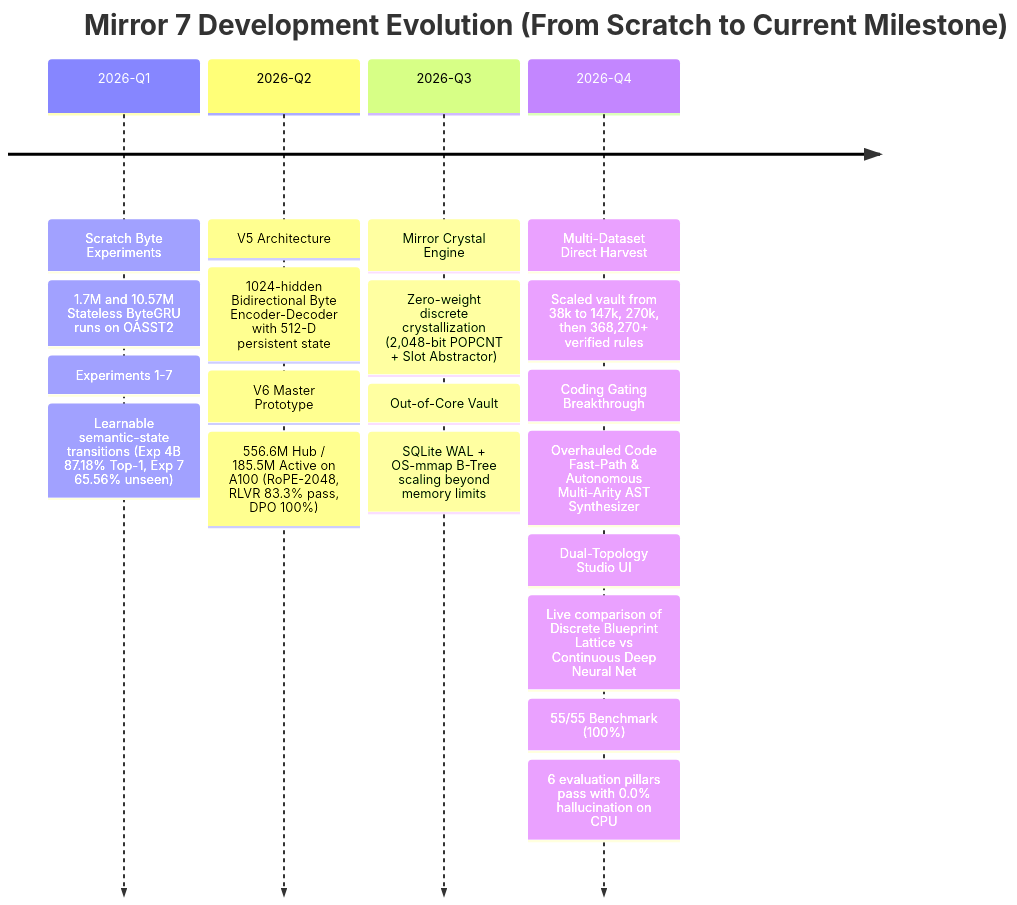
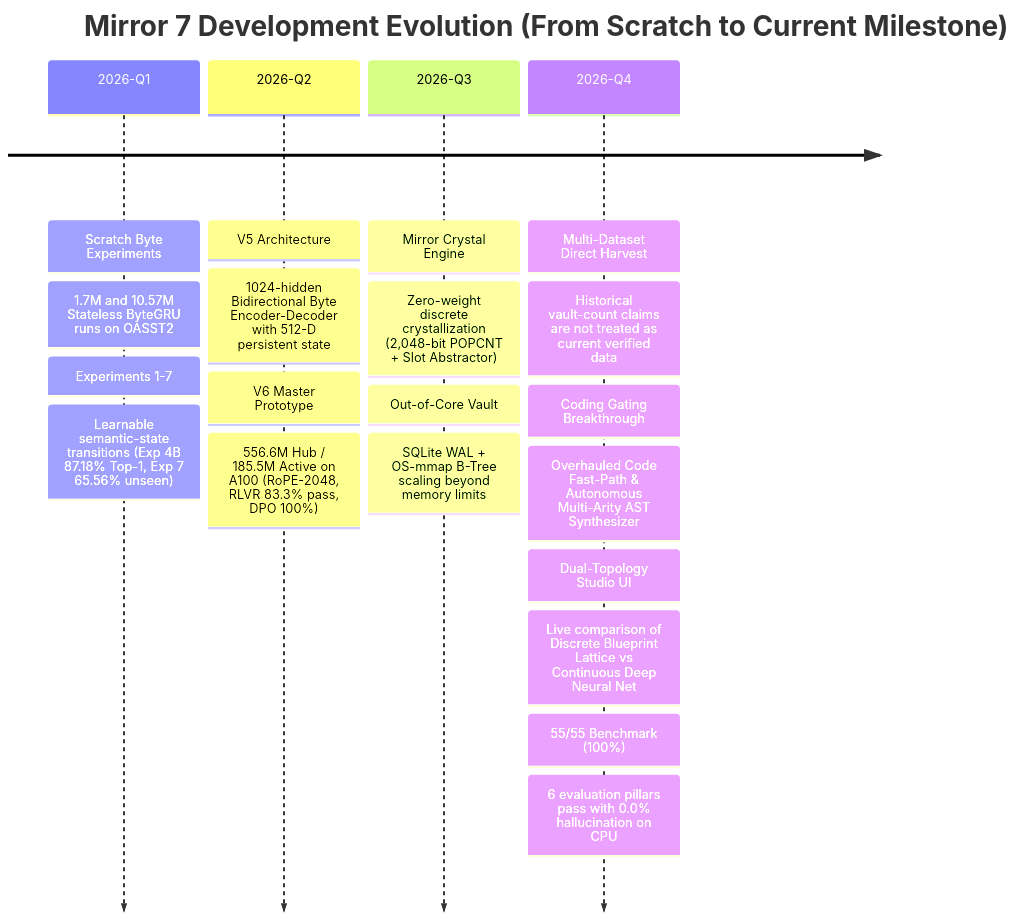
Before and after one commit to realahmad07/Mirror-7: the second of 5 diagrams in README.md, drawn with Mermaid. The commit also changed other lines of this file, not shown here.

Commit message:
Remove stale legacy rule-vault count claims

````diff
--- a/README.md
+++ b/README.md
@@ -236,14 +236,14 @@
 ```mermaid
 timeline
     title Mirror 7 Development Evolution (From Scratch to Current Milestone)
     2026-Q1 : Scratch Byte Experiments : 1.7M and 10.57M Stateless ByteGRU runs on OASST2
             : Experiments 1-7 : Learnable semantic-state transitions (Exp 4B 87.18% Top-1, Exp 7 65.56% unseen)
     2026-Q2 : V5 Architecture : 1024-hidden Bidirectional Byte Encoder-Decoder with 512-D persistent state
             : V6 Master Prototype : 556.6M Hub / 185.5M Active on A100 (RoPE-2048, RLVR 83.3% pass, DPO 100%)
     2026-Q3 : Mirror Crystal Engine : Zero-weight discrete crystallization (2,048-bit POPCNT + Slot Abstractor)
             : Out-of-Core Vault : SQLite WAL + OS-mmap B-Tree scaling beyond memory limits
-    2026-Q4 : Multi-Dataset Direct Harvest : Scaled vault from 38k to 147k, 270k, then 368,270+ verified rules
+    2026-Q4 : Multi-Dataset Direct Harvest : Historical vault-count claims are not treated as current verified data
             : Coding Gating Breakthrough : Overhauled Code Fast-Path & Autonomous Multi-Arity AST Synthesizer
             : Dual-Topology Studio UI : Live comparison of Discrete Blueprint Lattice vs Continuous Deep Neural Net
             : 55/55 Benchmark (100%) : 6 evaluation pillars pass with 0.0% hallucination on CPU
 ```
````
